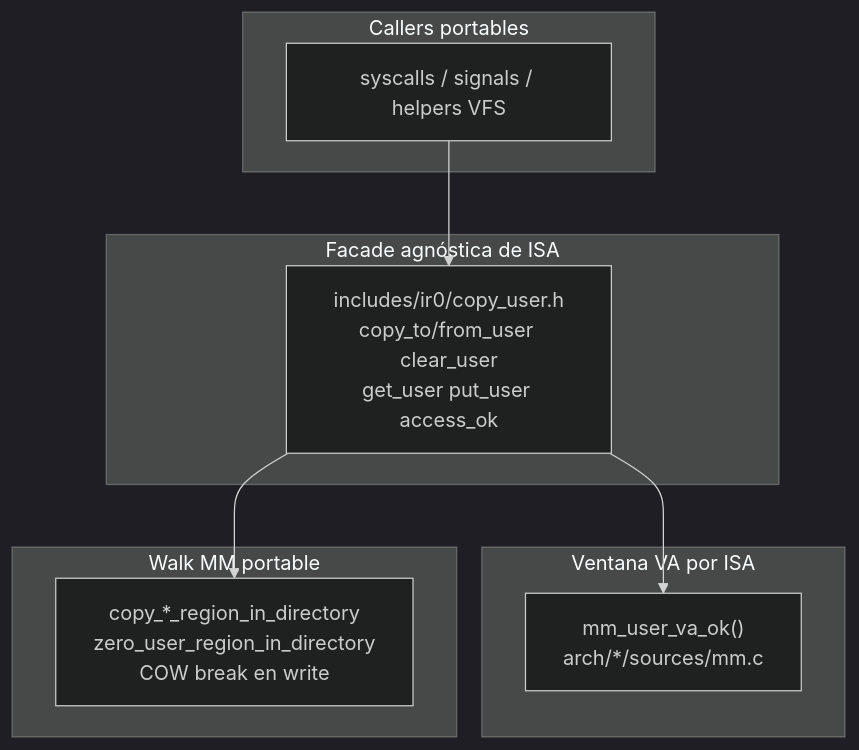
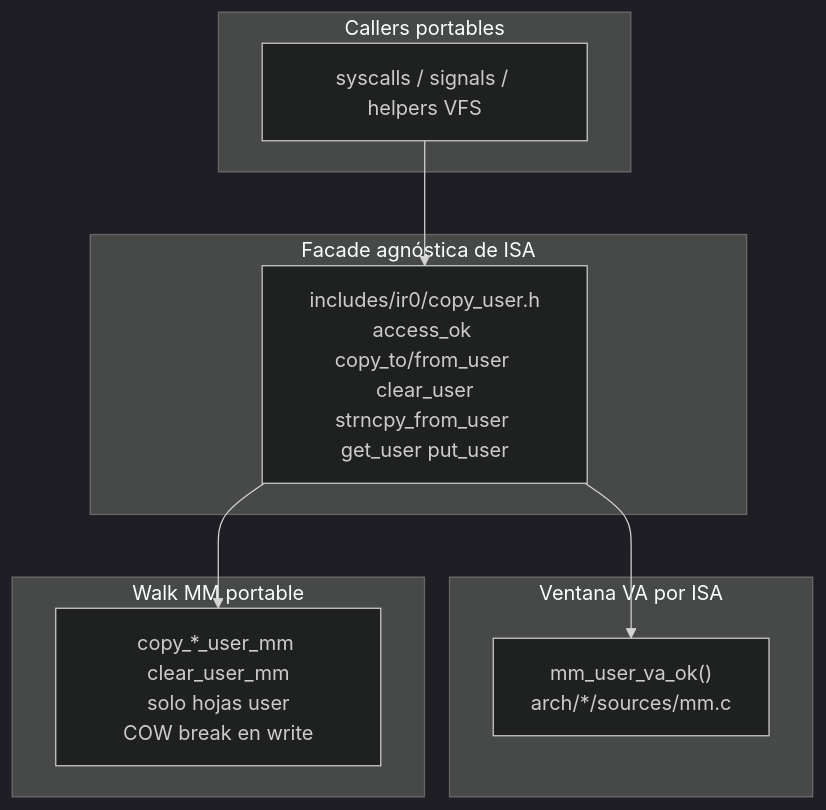
The diagram in Documentation/esp/uaccess.md (IRodriguez13/IR0), drawn with Mermaid (dark theme) before and after one commit. The commit also changed other lines of this file and 7 other files, not shown here.

````diff
--- a/Documentation/esp/uaccess.md
+++ b/Documentation/esp/uaccess.md
@@ -35,17 +35,17 @@
 ```mermaid
 flowchart TB
   subgraph callers [Callers portables]
     Sys[syscalls / signals / helpers VFS]
   end
   subgraph facade [Facade agnóstica de ISA]
-    CU["includes/ir0/copy_user.h<br/>copy_to/from_user clear_user<br/>get_user put_user access_ok"]
+    CU["includes/ir0/copy_user.h<br/>access_ok copy_to/from_user clear_user<br/>strncpy_from_user get_user put_user"]
   end
   subgraph isa [Ventana VA por ISA]
     VA["mm_user_va_ok()<br/>arch/*/sources/mm.c"]
   end
   subgraph mm [Walk MM portable]
-    REG["copy_*_region_in_directory<br/>zero_user_region_in_directory<br/>COW break en write"]
+    REG["copy_*_user_mm clear_user_mm<br/>solo hojas user<br/>COW break en write"]
   end
   Sys --> CU --> VA
   CU --> REG
 ```
````
